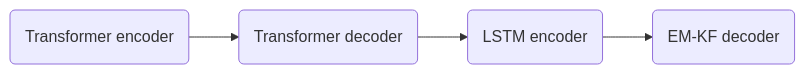
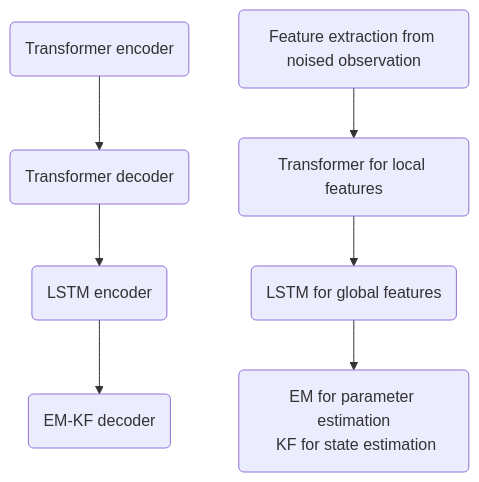
One commit to zshicode/Deep-Learning-AGV-Control changed the diagram in notes.md. Above: the diagram before and after it, drawn with Mermaid. The commit also changed other lines of this file and 4 other files, not shown here.

````diff
--- a/notes.md
+++ b/notes.md
@@ -44,6 +44,9 @@
 ```mermaid
-flowchart LR
+flowchart TB    
     n1(Transformer encoder)-->n2(Transformer decoder);
     n2-->n3(LSTM encoder);
     n3-->n4(EM-KF decoder)
+    n5(Feature extraction from noised observation)-->n6(Transformer for local features);
+    n6-->n7(LSTM for global features);
+    n7-->n8(EM for parameter estimation\n KF for state estimation)
 ```
````
